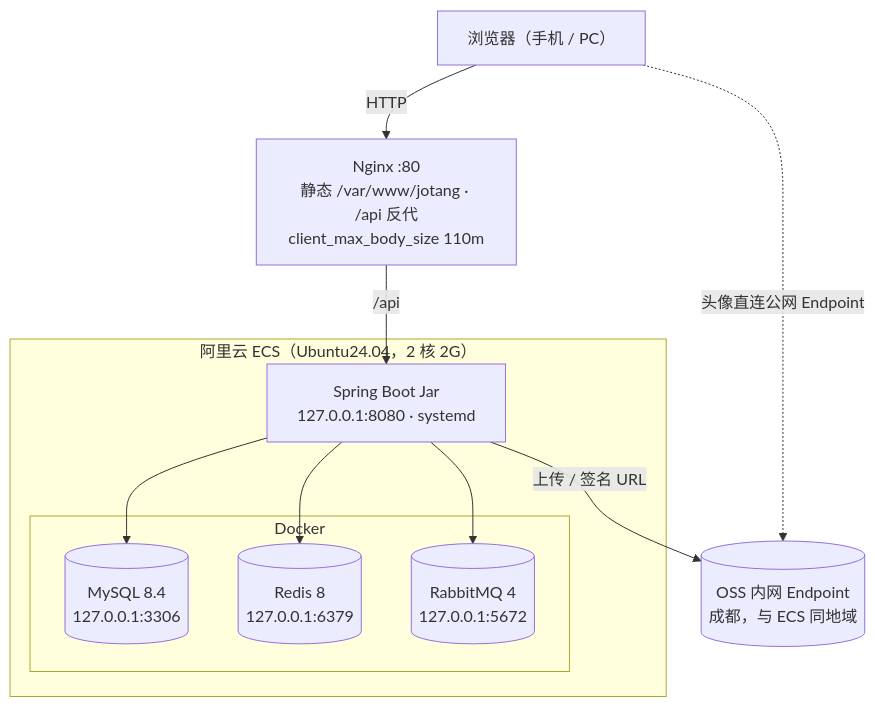
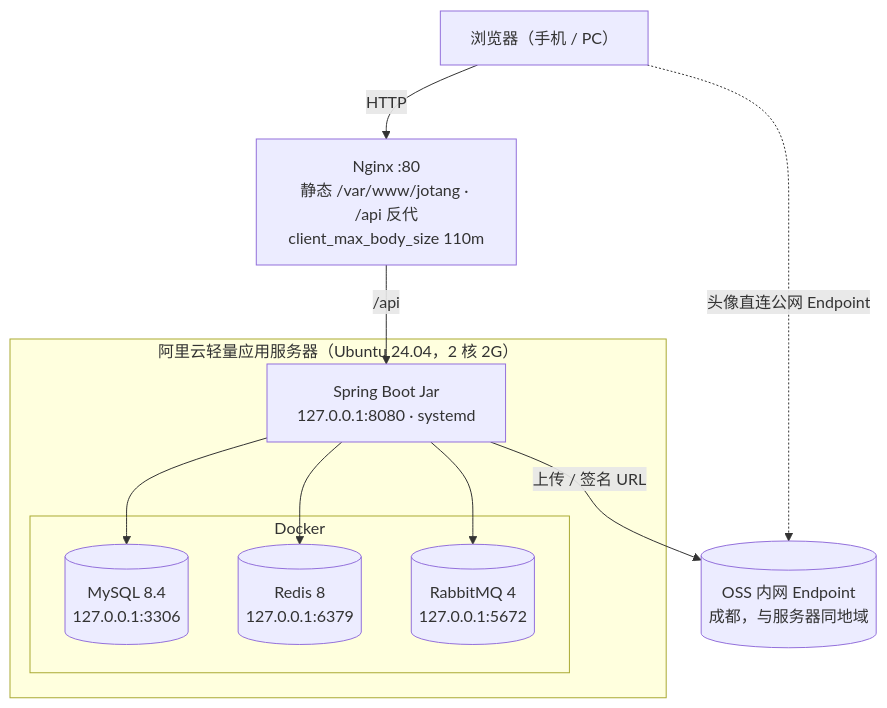
One commit to ShiwarHoufu/jotang-note changed the diagram in docs/部署运维.md. Above: the diagram before and after it, drawn with Mermaid. The commit also changed other lines of this file and 2 other files, not shown here.

````diff
--- a/docs/部署运维.md
+++ b/docs/部署运维.md
@@ -7,21 +9,21 @@
 ```mermaid
 flowchart TB
   H5["浏览器（手机 / PC）"]
   NG["Nginx :80<br/>静态 /var/www/jotang · /api 反代<br/>client_max_body_size 110m"]
-  subgraph ECS["阿里云 ECS（Ubuntu24.04，2 核 2G）"]
+  subgraph HOST["阿里云轻量应用服务器（Ubuntu 24.04，2 核 2G）"]
     APP["Spring Boot Jar<br/>127.0.0.1:8080 · systemd"]
     subgraph DK["Docker"]
       MYSQL[("MySQL 8.4<br/>127.0.0.1:3306")]
       REDIS[("Redis 8<br/>127.0.0.1:6379")]
       MQ[("RabbitMQ 4<br/>127.0.0.1:5672")]
     end
   end
-  OSS[("OSS 内网 Endpoint<br/>成都，与 ECS 同地域")]
+  OSS[("OSS 内网 Endpoint<br/>成都，与服务器同地域")]
   H5 -->|HTTP| NG
   NG -->|/api| APP
   APP --> MYSQL
   APP --> REDIS
   APP --> MQ
   APP -->|上传 / 签名 URL| OSS
   H5 -.->|头像直连公网 Endpoint| OSS
 ```
````
